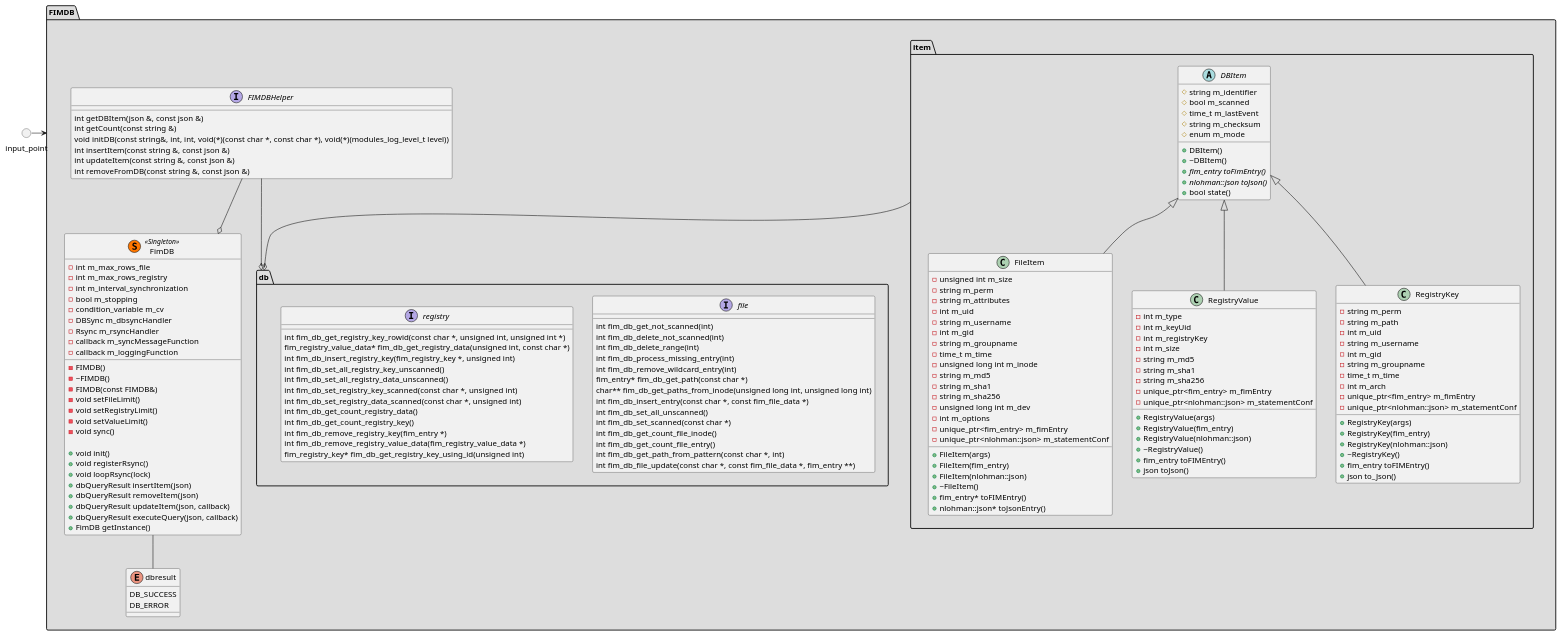
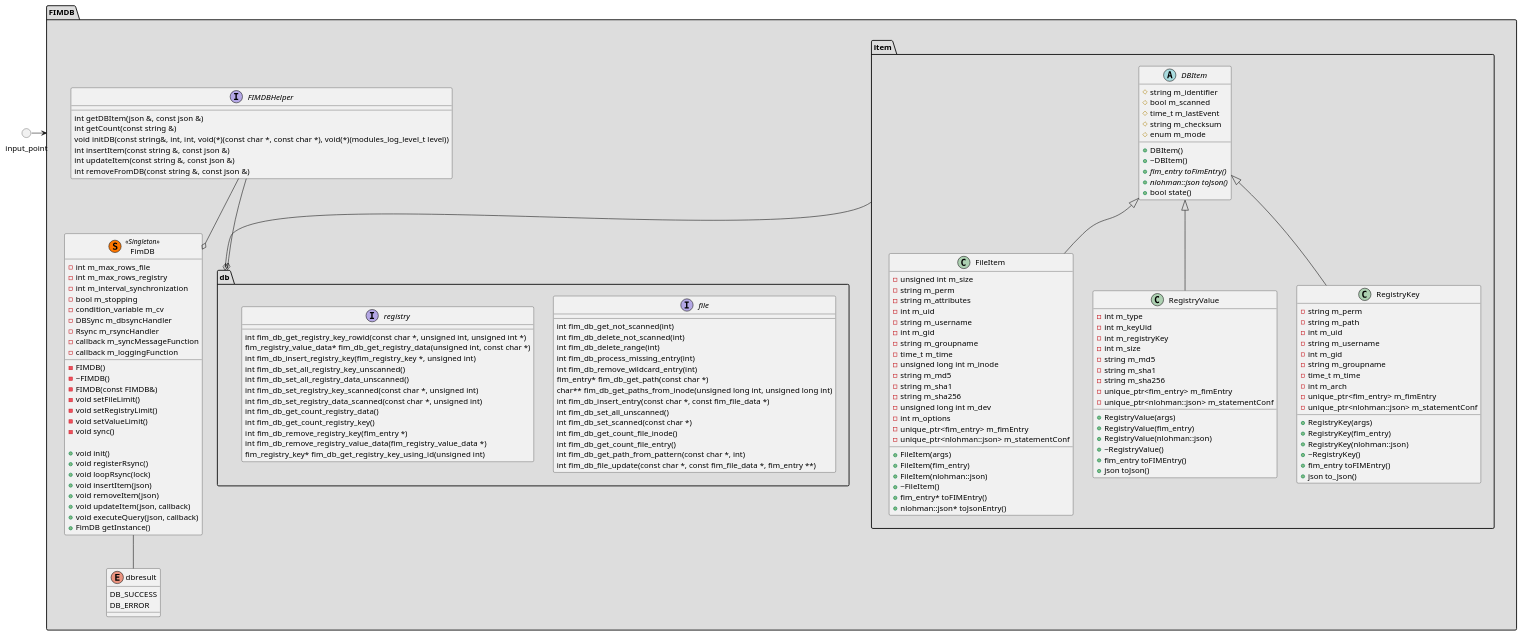
Before and after one commit to wazuh/wazuh-agent: the diagram in architecture/FIM/db/class.puml, drawn with PlantUML. The commit also changed 2 other files, not shown here.

Commit message:
Remove dbquery result and it's references.
This commit also updates the FIMDBErrorCodes values.

```diff
--- a/architecture/FIM/db/class.puml
+++ b/architecture/FIM/db/class.puml
@@ -1,164 +1,164 @@
 @startuml db_class
 package "FIMDB" <<Folder>> #DDDDDD{
     enum "dbresult" {
         DB_SUCCESS
         DB_ERROR
     }
     package "item" <<Folder>> {
         abstract DBItem {
             # string m_identifier
             # bool m_scanned
             # time_t m_lastEvent
             # string m_checksum
             # enum m_mode
 
             + DBItem()
             + ~DBItem()
             + {abstract} fim_entry toFimEntry()
             + {abstract} nlohman::json toJson()
             + bool state()
         }
 
         class FileItem {
             - unsigned int m_size
             - string m_perm
             - string m_attributes
             - int m_uid
             - string m_username
             - int m_gid
             - string m_groupname
             - time_t m_time
             - unsigned long int m_inode
             - string m_md5
             - string m_sha1
             - string m_sha256
             - unsigned long int m_dev
             - int m_options
             - unique_ptr<fim_entry> m_fimEntry
             - unique_ptr<nlohman::json> m_statementConf
 
             + FileItem(args)
             + FileItem(fim_entry)
             + FileItem(nlohman::json)
             + ~FileItem()
             + fim_entry* toFIMEntry()
             + nlohman::json* toJsonEntry()
         }
         class "RegistryValue" {
             - int m_type
             - int m_keyUid
             - int m_registryKey
             - int m_size
             - string m_md5
             - string m_sha1
             - string m_sha256
             - unique_ptr<fim_entry> m_fimEntry
             - unique_ptr<nlohman::json> m_statementConf
 
             + RegistryValue(args)
             + RegistryValue(fim_entry)
             + RegistryValue(nlohman::json)
             + ~RegistryValue()
             + fim_entry toFIMEntry()
             + json toJson()
         }
         class "RegistryKey" {
             - string m_perm
             - string m_path
             - int m_uid
             - string m_username
             - int m_gid
             - string m_groupname
             - time_t m_time
             - int m_arch
             - unique_ptr<fim_entry> m_fimEntry
             - unique_ptr<nlohman::json> m_statementConf
 
             + RegistryKey(args)
             + RegistryKey(fim_entry)
             + RegistryKey(nlohman::json)
             + ~RegistryKey()
             + fim_entry toFIMEntry()
             + json to_Json()
         }
     }
     class "FimDB"  <<(S,#FF7700) Singleton>> {
         - int m_max_rows_file
         - int m_max_rows_registry
         - int m_interval_synchronization
         - bool m_stopping
         - condition_variable m_cv
         - DBSync m_dbsyncHandler
         - Rsync m_rsyncHandler
         - callback m_syncMessageFunction
         - callback m_loggingFunction
 
         - FIMDB()
         - ~FIMDB()
         - FIMDB(const FIMDB&)
         - void setFileLimit()
         - void setRegistryLimit()
         - void setValueLimit()
         - void sync()
 
         + void init()
         + void registerRsync()
         + void loopRsync(lock)
-        + dbQueryResult insertItem(json)
-        + dbQueryResult removeItem(json)
-        + dbQueryResult updateItem(json, callback)
-        + dbQueryResult executeQuery(json, callback)
+        + void insertItem(json)
+        + void removeItem(json)
+        + void updateItem(json, callback)
+        + void executeQuery(json, callback)
         + FimDB getInstance()
     }
     interface FIMDBHelper {
         int getDBItem(json &, const json &)
         int getCount(const string &)
         void initDB(const string&, int, int, void(*)(const char *, const char *), void(*)(modules_log_level_t level))
         int insertItem(const string &, const json &)
         int updateItem(const string &, const json &)
         int removeFromDB(const string &, const json &)
     }
     namespace db{
     interface file {
         int fim_db_get_not_scanned(int)
         int fim_db_delete_not_scanned(int)
         int fim_db_delete_range(int)
         int fim_db_process_missing_entry(int)
         int fim_db_remove_wildcard_entry(int)
         fim_entry* fim_db_get_path(const char *)
         char** fim_db_get_paths_from_inode(unsigned long int, unsigned long int)
         int fim_db_insert_entry(const char *, const fim_file_data *)
         int fim_db_set_all_unscanned()
         int fim_db_set_scanned(const char *)
         int fim_db_get_count_file_inode()
         int fim_db_get_count_file_entry()
         int fim_db_get_path_from_pattern(const char *, int)
         int fim_db_file_update(const char *, const fim_file_data *, fim_entry **)
     }
     interface registry {
         int fim_db_get_registry_key_rowid(const char *, unsigned int, unsigned int *)
         fim_registry_value_data* fim_db_get_registry_data(unsigned int, const char *)
         int fim_db_insert_registry_key(fim_registry_key *, unsigned int)
         int fim_db_set_all_registry_key_unscanned()
         int fim_db_set_all_registry_data_unscanned()
         int fim_db_set_registry_key_scanned(const char *, unsigned int)
         int fim_db_set_registry_data_scanned(const char *, unsigned int)
         int fim_db_get_count_registry_data()
         int fim_db_get_count_registry_key()
         int fim_db_remove_registry_key(fim_entry *)
         int fim_db_remove_registry_value_data(fim_registry_value_data *)
         fim_registry_key* fim_db_get_registry_key_using_id(unsigned int)
     }
     }
 }
 circle input_point
 
 DBItem <|-- FileItem
 DBItem <|-- RegistryValue
 DBItem <|-- RegistryKey
 FIMDBHelper --o FimDB
 item --o db
 FIMDBHelper --o db
 FimDB -- dbresult
 input_point => FIMDB
 @enduml
```
